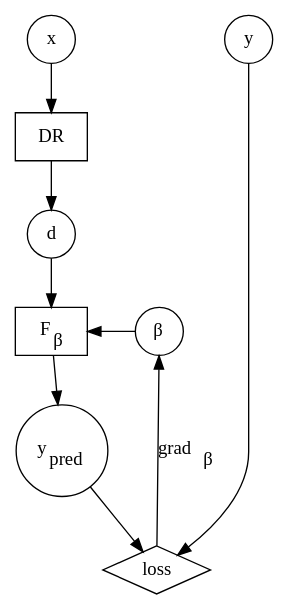
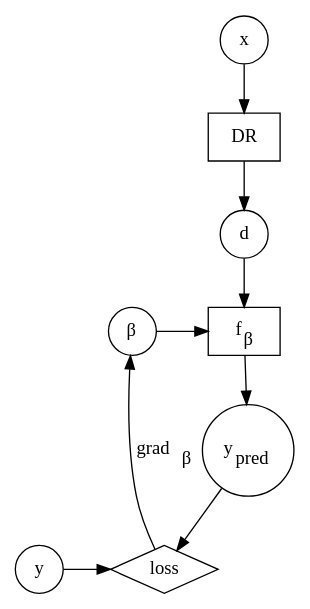
Before and after one commit to dohmatob/thesis: the diagram in figures/rfmri2tfmri.dot, drawn with Graphviz. The commit also changed 1 other file, not shown here.

```diff
--- a/figures/rfmri2tfmri.dot
+++ b/figures/rfmri2tfmri.dot
@@ -1,22 +1,22 @@
 digraph {
 // rankdir = LR; //order things from left to right
 
 x [shape=circle];
 d [shape=circle];
 y [shape=circle];
 y_ [shape=circle, label=<y<SUB>pred</SUB>>];
-F [shape=rectangle, label=<F<SUB>&beta;</SUB>>];
+f [shape=rectangle, label=<f<SUB>&beta;</SUB>>];
 beta [shape=circle, label=<&beta;>];
 E [shape=rectangle, label=DR];
 loss [shape=diamond, label=loss];
 
-x -> E -> d -> F -> y_;
+x -> E -> d -> f -> y_;
 y -> loss;
 y_ -> loss;
-beta -> F;
+beta -> f;
 loss -> beta [label=<grad<SUB>&beta;</SUB>>];
 
-{rank = same; x; y};
-{rank = same; beta; F};
+{rank = same; y; loss};
+{rank = same; beta; f};
 
 }
```
